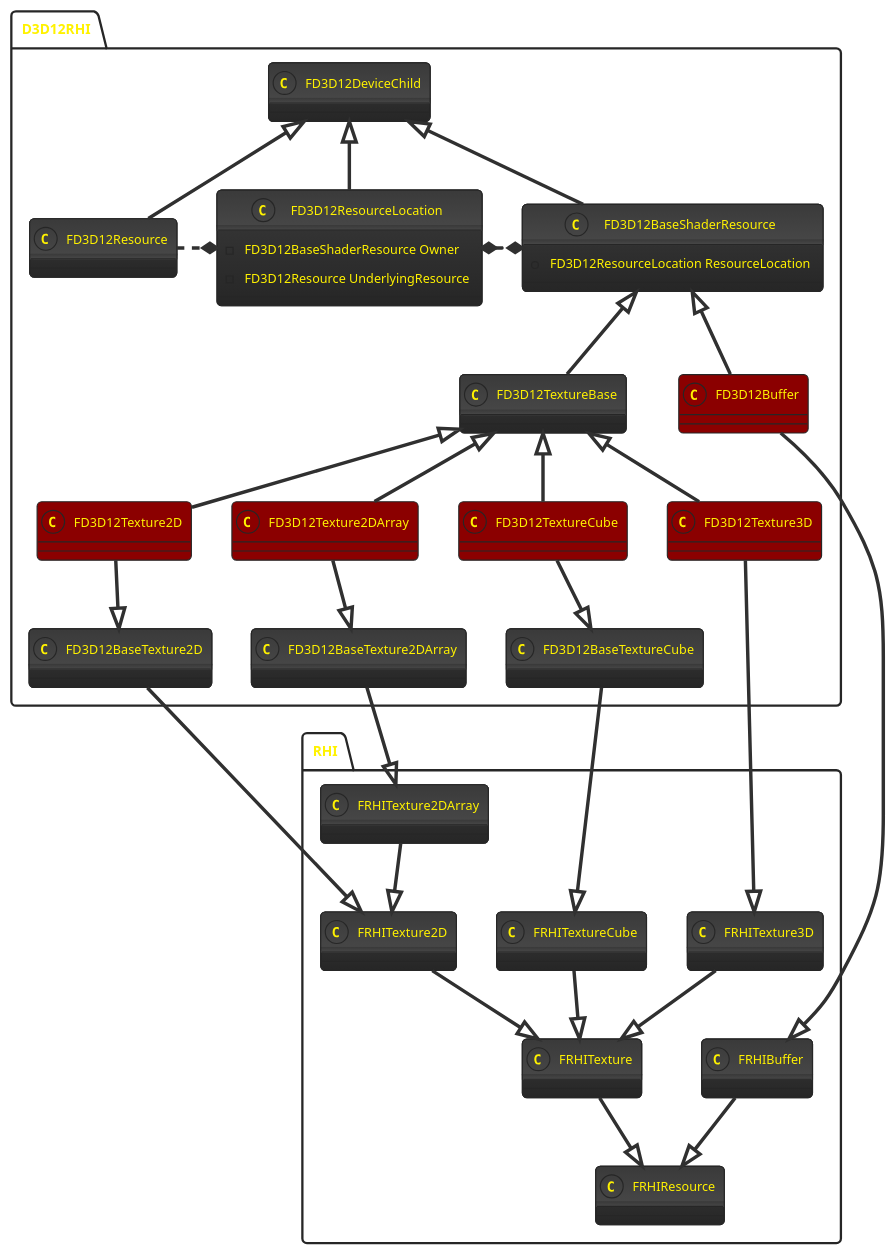
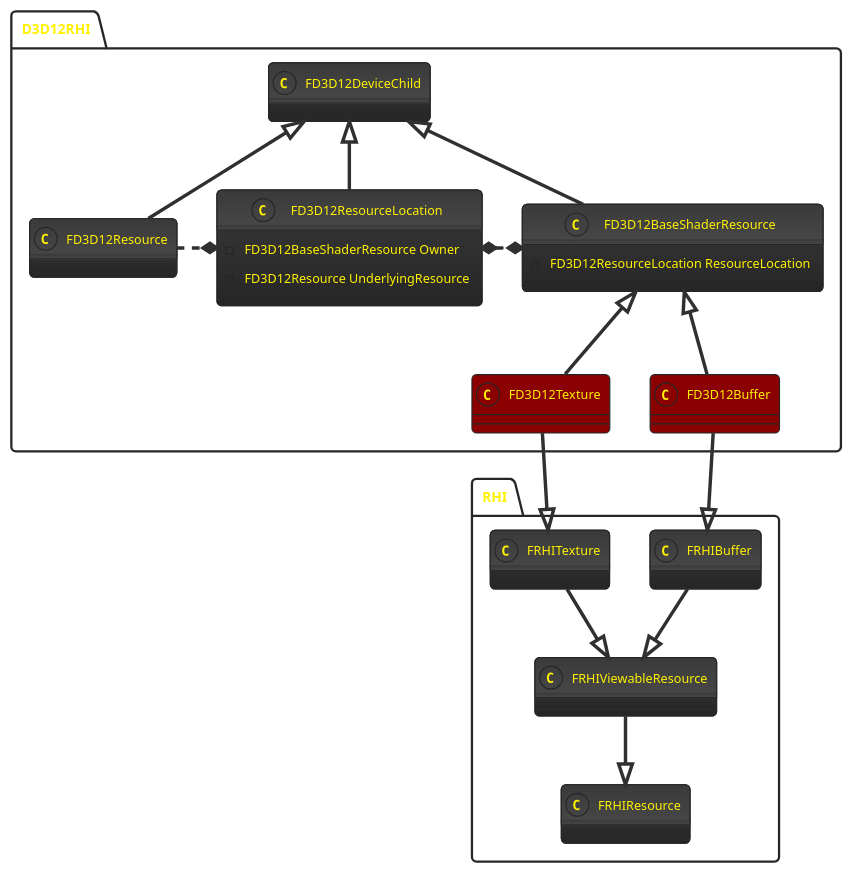
The second of 4 diagrams in D3D12RHI.md (yuanlin2008/Notes), drawn with PlantUML before and after one commit. The commit also changed 1 other file, not shown here.

````diff
--- a/D3D12RHI.md
+++ b/D3D12RHI.md
@@ -25,54 +25,34 @@
 ```puml
 !theme black-knight
 package RHI {
 	class FRHIResource
+	class FRHIViewableResource
 	class FRHIBuffer
 	class FRHITexture
-	class FRHITexture2D
-	class FRHITexture2DArray
-	class FRHITexture3D
-	class FRHITextureCube
-	FRHIBuffer--|>FRHIResource
-	FRHITexture--|>FRHIResource
-	FRHITexture2D--|>FRHITexture
-	FRHITexture2DArray--|>FRHITexture2D
-	FRHITexture3D--|>FRHITexture
-	FRHITextureCube--|>FRHITexture
+	FRHIViewableResource--|>FRHIResource
+	FRHIBuffer--|>FRHIViewableResource
+	FRHITexture--|>FRHIViewableResource
 }
 package D3D12RHI {
 	class FD3D12Buffer #darkred
-	class FD3D12Texture2D #darkred
-	class FD3D12Texture2DArray #darkred
-	class FD3D12TextureCube #darkred
-	class FD3D12Texture3D #darkred
+	class FD3D12Texture #darkred
 	class FD3D12ResourceLocation {
 		-FD3D12BaseShaderResource Owner
 		-FD3D12Resource UnderlyingResource
 	}
 	class FD3D12BaseShaderResource {
 		+FD3D12ResourceLocation ResourceLocation
 	}
 
 	FD3D12DeviceChild<|--FD3D12BaseShaderResource
 	FD3D12DeviceChild<|--FD3D12Resource
 	FD3D12DeviceChild<|--FD3D12ResourceLocation
 	FD3D12Resource.*FD3D12ResourceLocation
 	FD3D12ResourceLocation*.*FD3D12BaseShaderResource
 	FD3D12BaseShaderResource<|--FD3D12Buffer
 	FD3D12Buffer--|>FRHIBuffer
-	FD3D12BaseShaderResource<|--FD3D12TextureBase
-	FD3D12TextureBase<|--FD3D12Texture3D
-	FD3D12Texture3D--|>FRHITexture3D
-	FD3D12BaseTexture2D--|>FRHITexture2D
-	FD3D12BaseTexture2DArray--|>FRHITexture2DArray
-	FD3D12BaseTextureCube--|>FRHITextureCube
-
-	FD3D12TextureBase<|--FD3D12Texture2D
-	FD3D12Texture2D--|>FD3D12BaseTexture2D
-	FD3D12TextureBase<|--FD3D12Texture2DArray
-	FD3D12Texture2DArray--|>FD3D12BaseTexture2DArray
-	FD3D12TextureBase<|--FD3D12TextureCube
-	FD3D12TextureCube--|>FD3D12BaseTextureCube
+	FD3D12BaseShaderResource<|--FD3D12Texture
+	FD3D12Texture--|>FRHITexture
 }
 
 ```
````
